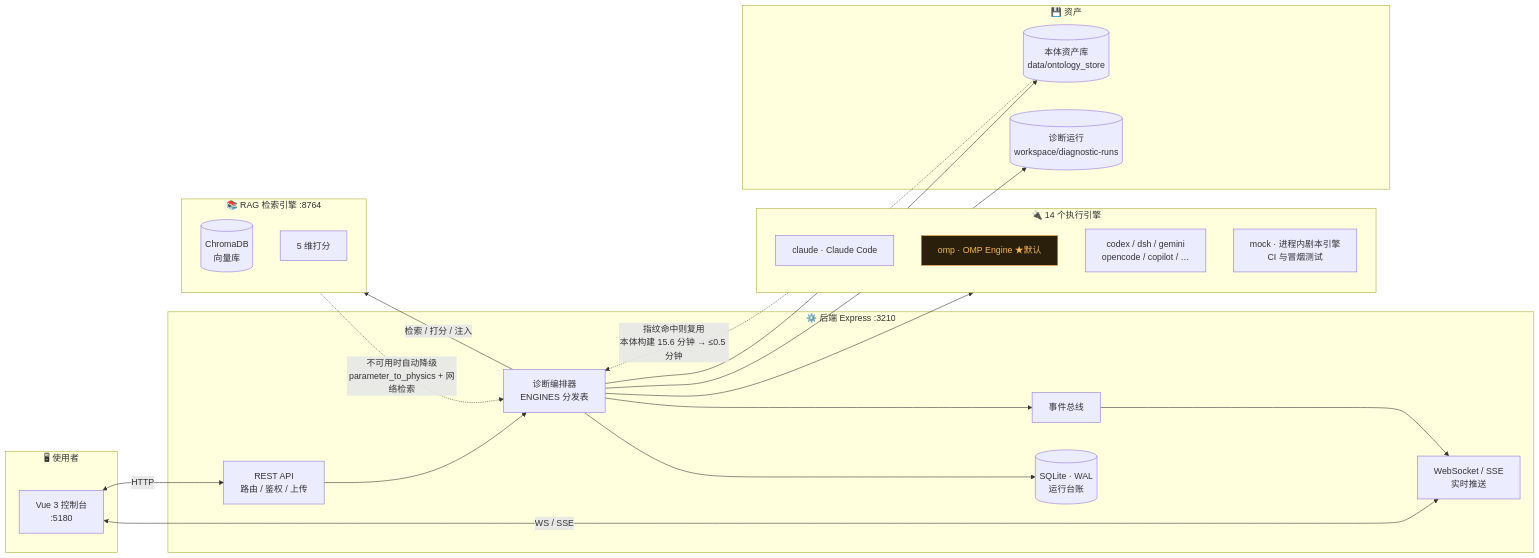
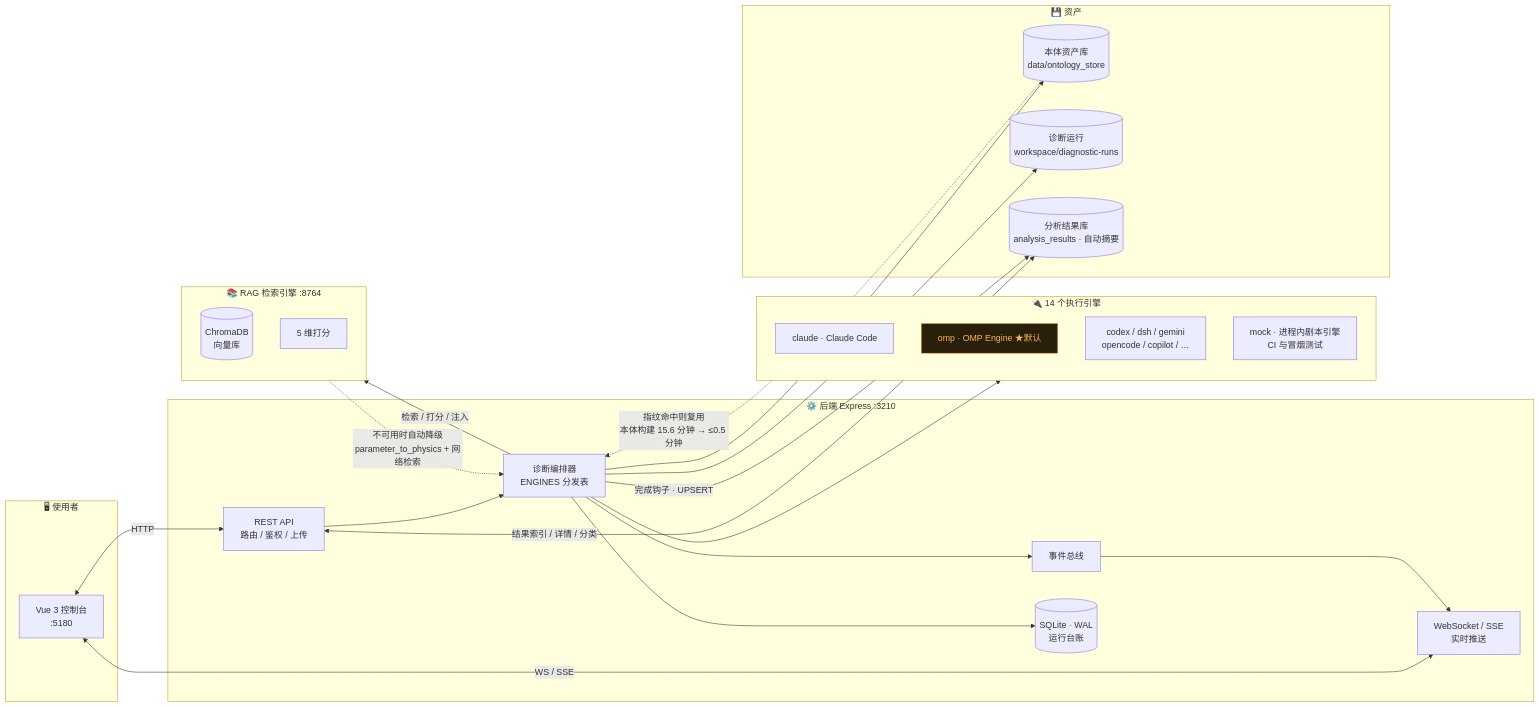
The second of 2 diagrams in README-zh.md (kingdol666/industrial-deep-diagnostic), drawn with Mermaid before and after one commit. The commit also changed other lines of this file and 6 other files, not shown here.

````diff
--- a/README-zh.md
+++ b/README-zh.md
@@ -384,47 +459,50 @@
 ```mermaid
 flowchart LR
     subgraph CLIENT["🖥 使用者"]
         UI["Vue 3 控制台<br/>:5180"]
     end
 
     subgraph BACKEND["⚙️ 后端 Express :3210"]
         API["REST API<br/>路由 / 鉴权 / 上传"]
         ORCH["诊断编排器<br/>ENGINES 分发表"]
         BUS["事件总线"]
         WS["WebSocket / SSE<br/>实时推送"]
         DB[("SQLite · WAL<br/>运行台账")]
     end
 
     subgraph ENGINES["🔌 14 个执行引擎"]
         E1["claude · Claude Code"]
         E2["omp · OMP Engine ★默认"]
         E3["codex / dsh / gemini<br/>opencode / copilot / …"]
         E4["mock · 进程内剧本引擎<br/>CI 与冒烟测试"]
     end
 
     subgraph RAG["📚 RAG 检索引擎 :8764"]
         VEC[("ChromaDB<br/>向量库")]
         SCORE["5 维打分"]
     end
 
     subgraph STORE["💾 资产"]
         ONTO[("本体资产库<br/>data/ontology_store")]
         RUNS[("诊断运行<br/>workspace/diagnostic-runs")]
+        RES[("分析结果库<br/>analysis_results · 自动摘要")]
     end
 
     UI <-->|HTTP| API
     UI <-->|WS / SSE| WS
     API --> ORCH
+    API <-->|结果索引 / 详情 / 分类| RES
     ORCH --> DB
     ORCH --> BUS
     BUS --> WS
     ORCH --> ENGINES
     ORCH -->|检索 / 打分 / 注入| RAG
     ORCH --> ONTO
     ORCH --> RUNS
+    ORCH -->|完成钩子 · UPSERT| RES
     RAG -.->|不可用时自动降级<br/>parameter_to_physics + 网络检索| ORCH
     ONTO -.->|指纹命中则复用<br/>本体构建 15.6 分钟 → ≤0.5 分钟| ORCH
 
     classDef def fill:#2a1f0a,stroke:#e8a33d,color:#f4b65a
     class E2 def
 ```
````
